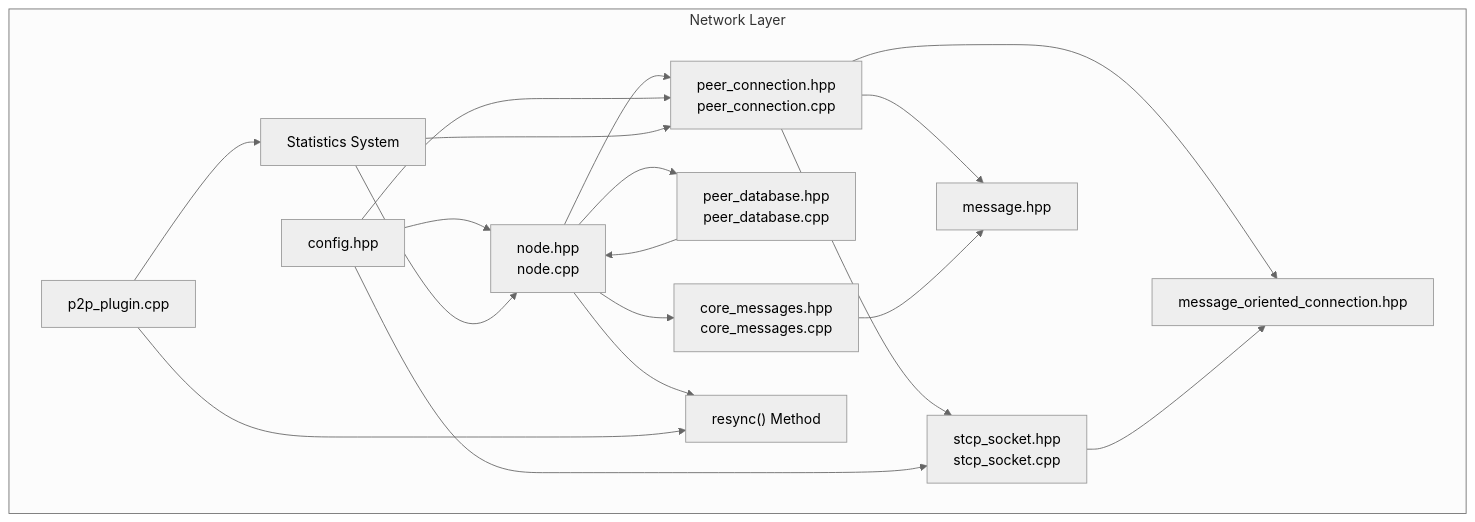
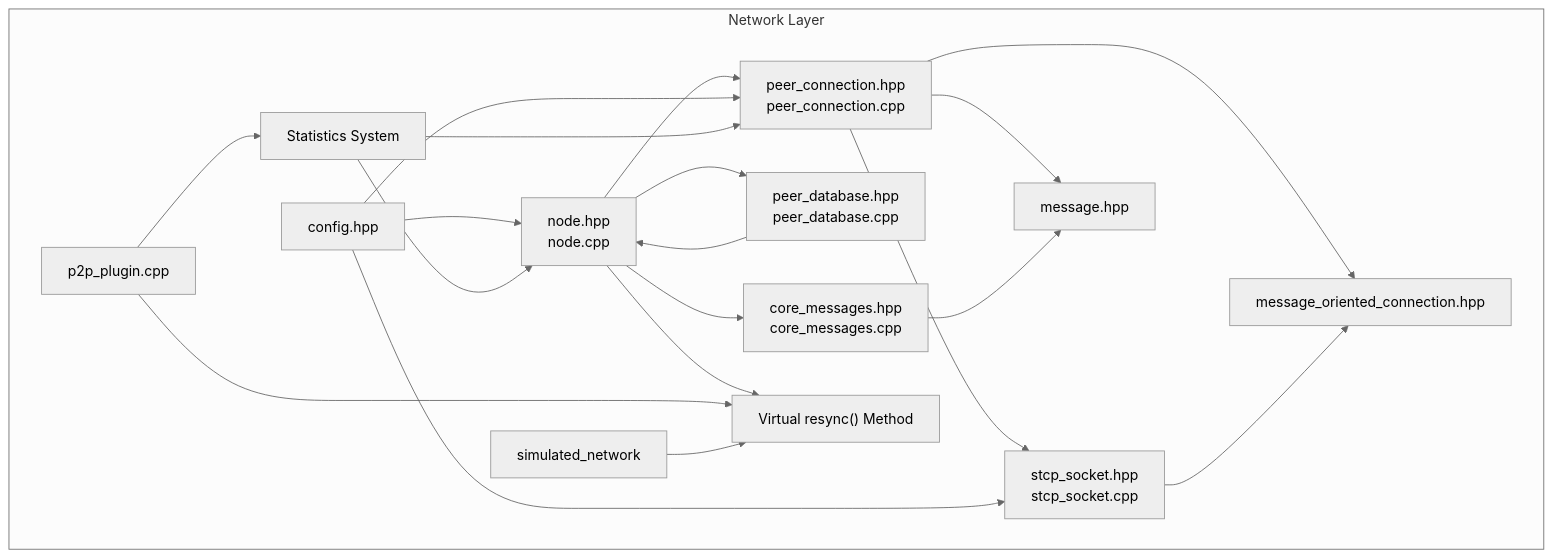
The first of 13 diagrams in .qoder/repowiki/en/content/Architecture Overview/Core Libraries/Network Library/Network Library.md (VIZ-Blockchain/viz-cpp-node), drawn with Mermaid (neutral theme) before and after one commit. The commit also changed other lines of this file and 3 other files, not shown here.

First line of the commit message:
docs(network): document virtual resync() method for programmatic sync control

````diff
--- a/.qoder/repowiki/en/content/Architecture Overview/Core Libraries/Network Library/Network Library.md
+++ b/.qoder/repowiki/en/content/Architecture Overview/Core Libraries/Network Library/Network Library.md
@@ -60,33 +61,35 @@
 ```mermaid
 graph TB
 subgraph "Network Layer"
 N["node.hpp<br/>node.cpp"]
 PC["peer_connection.hpp<br/>peer_connection.cpp"]
 MSG["message.hpp"]
 CM["core_messages.hpp<br/>core_messages.cpp"]
 STCP["stcp_socket.hpp<br/>stcp_socket.cpp"]
 PD["peer_database.hpp<br/>peer_database.cpp"]
 MOC["message_oriented_connection.hpp"]
 CFG["config.hpp"]
 STATS["Statistics System"]
 P2P["p2p_plugin.cpp"]
-RESYNC["resync() Method"]
+RESYNC["Virtual resync() Method"]
+SIMNET["simulated_network"]
 end
 N --> PC
 N --> PD
 N --> CM
 N --> RESYNC
 PC --> MOC
 PC --> STCP
 PC --> MSG
 CM --> MSG
 STCP --> MOC
 PD --> N
 CFG --> N
 CFG --> PC
 CFG --> STCP
 STATS --> N
 STATS --> PC
 P2P --> STATS
 P2P --> RESYNC
+SIMNET --> RESYNC
 ```
````
